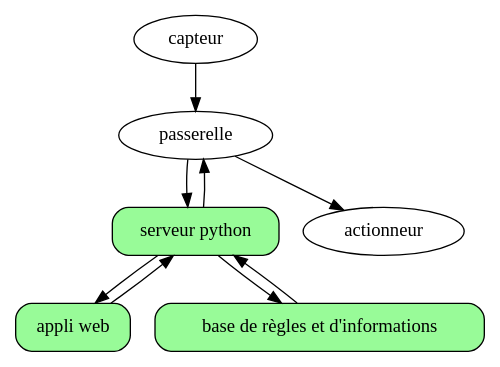
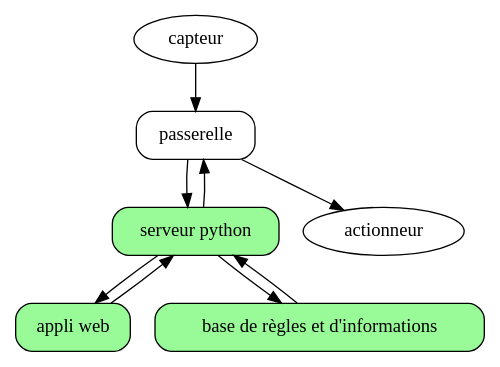
The diagram in Conception/architecture.dot (vzantedeschi/aubergeDuMonstre), drawn with Graphviz before and after one commit. The commit also changed 1 other file, not shown here.

Commit message:
updated the graph

```diff
--- a/Conception/architecture.dot
+++ b/Conception/architecture.dot
@@ -1,14 +1,15 @@
 digraph architecture{
     
     passerelle -> serv
     serv -> passerelle
     serv -> app
     app -> serv
     base -> serv
     serv -> base
     capteur -> passerelle
     passerelle -> actionneur
+  passerelle [shape=box,style="rounded"];
   serv [label="serveur python",shape=box,fillcolor="palegreen",style="filled,rounded"];
   app [label="appli web",shape=box,fillcolor="palegreen",style="filled,rounded"];
   base [label="base de règles et d'informations",shape=box,fillcolor="palegreen",style="filled,rounded"];
 }
```
